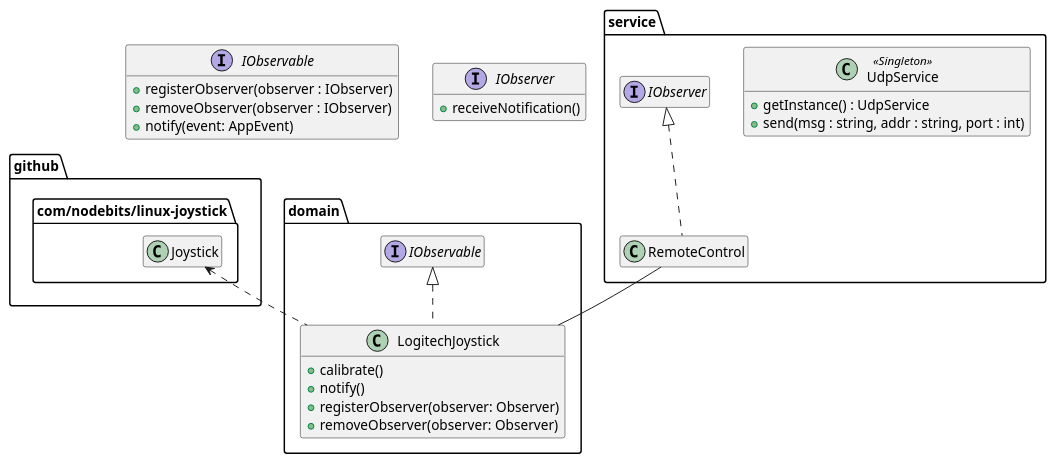
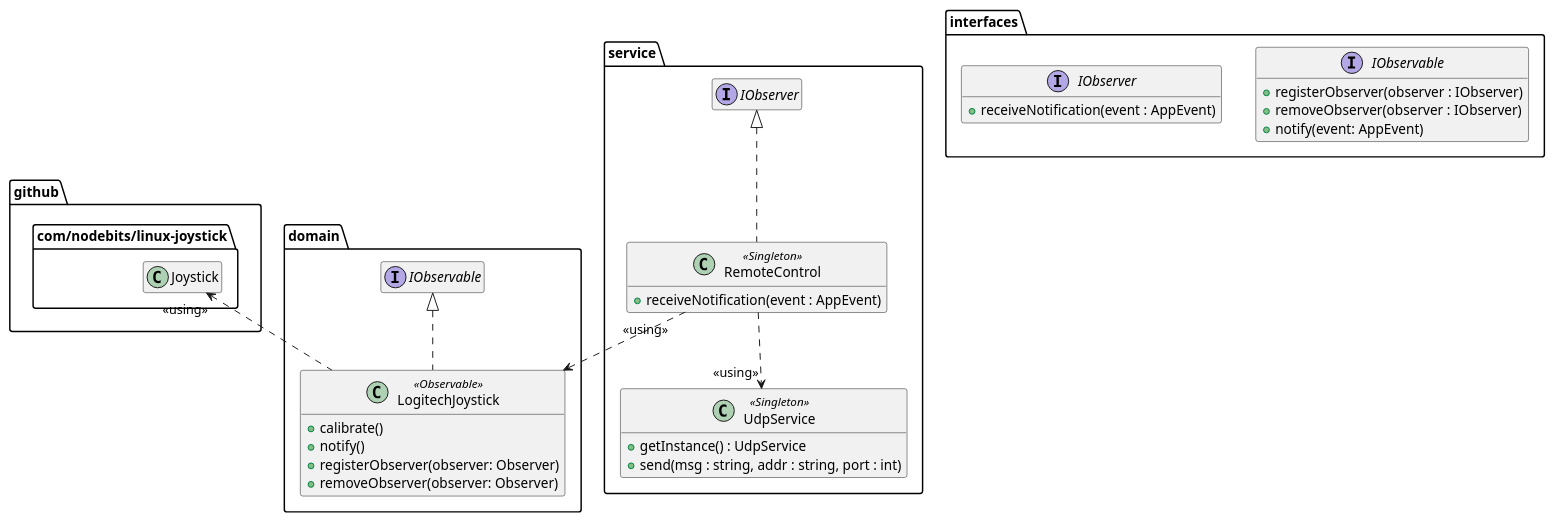
The diagram in uml/class_diagram.puml (gotgot1995/tello-typescript), drawn with PlantUML before and after one commit. The commit also changed 7 other files, not shown here.

Commit message:
added onMessage to client socket + refactored LogitechJoystick

```diff
--- a/uml/class_diagram.puml
+++ b/uml/class_diagram.puml
@@ -1,44 +1,48 @@
 @startuml
+
 hide empty members
 
 package "github.com/nodebits/linux-joystick" {
     class Joystick
 }
 
-interface IObservable {
-    + registerObserver(observer : IObserver)
-    + removeObserver(observer : IObserver)
-    + notify(event: AppEvent)
-}
+package "interfaces" {
+    interface IObservable {
+        + registerObserver(observer : IObserver)
+        + removeObserver(observer : IObserver)
+        + notify(event: AppEvent)
+    }
 
-interface IObserver {
-    + receiveNotification()
+    interface IObserver {
+        + receiveNotification(event : AppEvent)
+    }
 }
 
 'app entities
 
 package "domain" {
-    class LogitechJoystick implements IObservable {
+    class LogitechJoystick <<Observable>> implements IObservable {
         + calibrate()
         + notify()
         + registerObserver(observer: Observer)
         + removeObserver(observer: Observer)
     }
 }
 
 package "service" {
     class UdpService <<Singleton>> {
         + getInstance() : UdpService
         + send(msg : string, addr : string, port : int)
     }
 
-    class RemoteControl implements IObserver {
-
+    class RemoteControl <<Singleton>> implements IObserver {
+        + receiveNotification(event : AppEvent)
     }
 }
 
 'relations
-Joystick <.. LogitechJoystick
-RemoteControl -- LogitechJoystick
+Joystick "<<using>>" <.. LogitechJoystick
+RemoteControl "<<using>>" ..> LogitechJoystick
+RemoteControl ..> "<<using>>" UdpService
 
 @enduml
```
